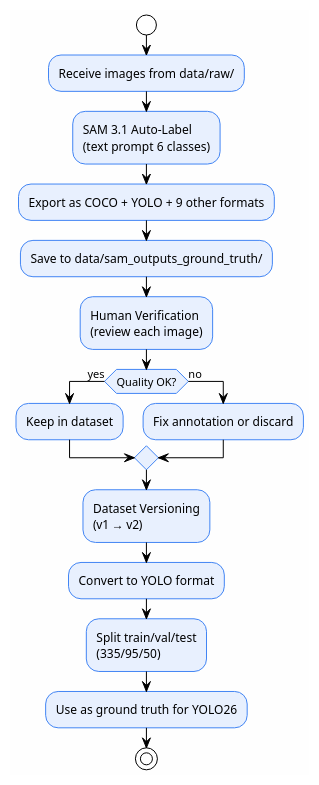
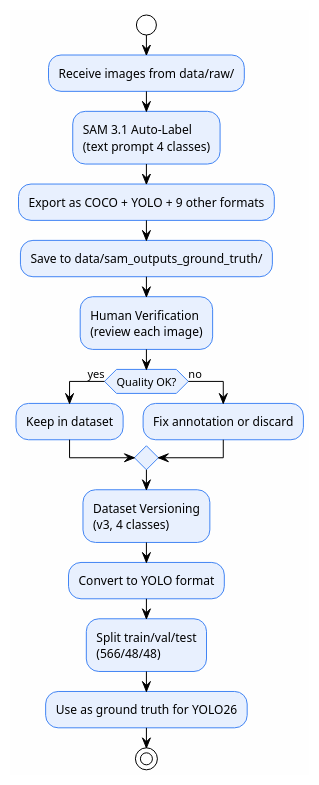
One commit to Telotubbies/auto_label changed the first of 3 diagrams in docs/pipeline/03-ground-truth-generation.md. Above: the diagram before and after it, drawn with PlantUML. The commit also changed other lines of this file and 554 other files, not shown here.

````diff
--- a/docs/pipeline/03-ground-truth-generation.md
+++ b/docs/pipeline/03-ground-truth-generation.md
@@ -27,29 +27,29 @@
 ```plantuml {align="center"}
 @startuml
 !theme plain
 skinparam linetype ortho
 skinparam backgroundColor #FEFEFE
 skinparam ActivityBackgroundColor #E8F0FE
 skinparam ActivityBorderColor #4285F4
 
 start
 :Receive images from data/raw/;
-:SAM 3.1 Auto-Label\n(text prompt 6 classes);
+:SAM 3.1 Auto-Label\n(text prompt 4 classes);
 :Export as COCO + YOLO + 9 other formats;
 :Save to data/sam_outputs_ground_truth/;
 
 :Human Verification\n(review each image);
 if (Quality OK?) then (yes)
   :Keep in dataset;
 else (no)
   :Fix annotation or discard;
 endif
 
-:Dataset Versioning\n(v1 → v2);
+:Dataset Versioning\n(v3, 4 classes);
 :Convert to YOLO format;
-:Split train/val/test\n(335/95/50);
+:Split train/val/test\n(566/48/48);
 :Use as ground truth for YOLO26;
 
 stop
 @enduml
 ```
````
